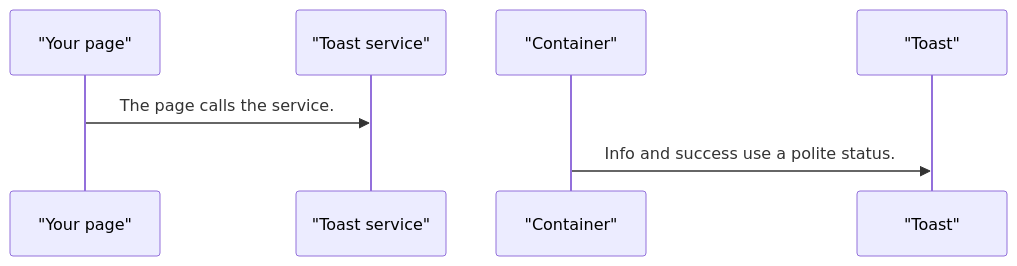
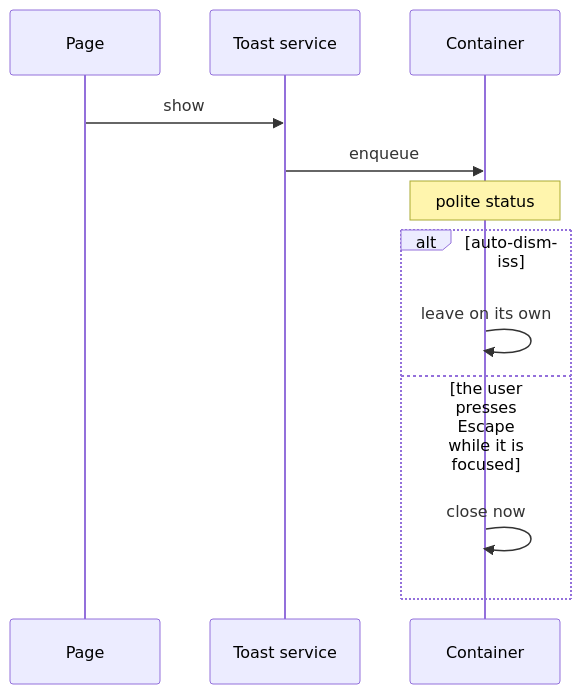
Before and after one commit to RajshekharBorate/pixel-ui: the second of 4 diagrams in projects/pixel-ui/src/lib/pixel-toast/DESIGN.md, drawn with Mermaid. The commit also changed other lines of this file and 73 other files, not shown here.

Commit message:
Explain who owns each value and what each flow does in every component and service design.

````diff
--- a/projects/pixel-ui/src/lib/pixel-toast/DESIGN.md
+++ b/projects/pixel-ui/src/lib/pixel-toast/DESIGN.md
@@ -52,9 +66,14 @@
 ```mermaid
 sequenceDiagram
-  participant page as "Your page"
-  participant service as "Toast service"
-  participant container as "Container"
-  participant toast as "Toast"
-  page->>service: The page calls the service.
-  container->>toast: Info and success use a polite status.
+  participant Page
+  participant Service as Toast service
+  participant Host as Container
+  Page->>Service: show
+  Service->>Host: enqueue
+  Note over Host: polite status
+  alt auto-dismiss
+    Host->>Host: leave on its own
+  else the user presses Escape while it is focused
+    Host->>Host: close now
+  end
 ```
````
